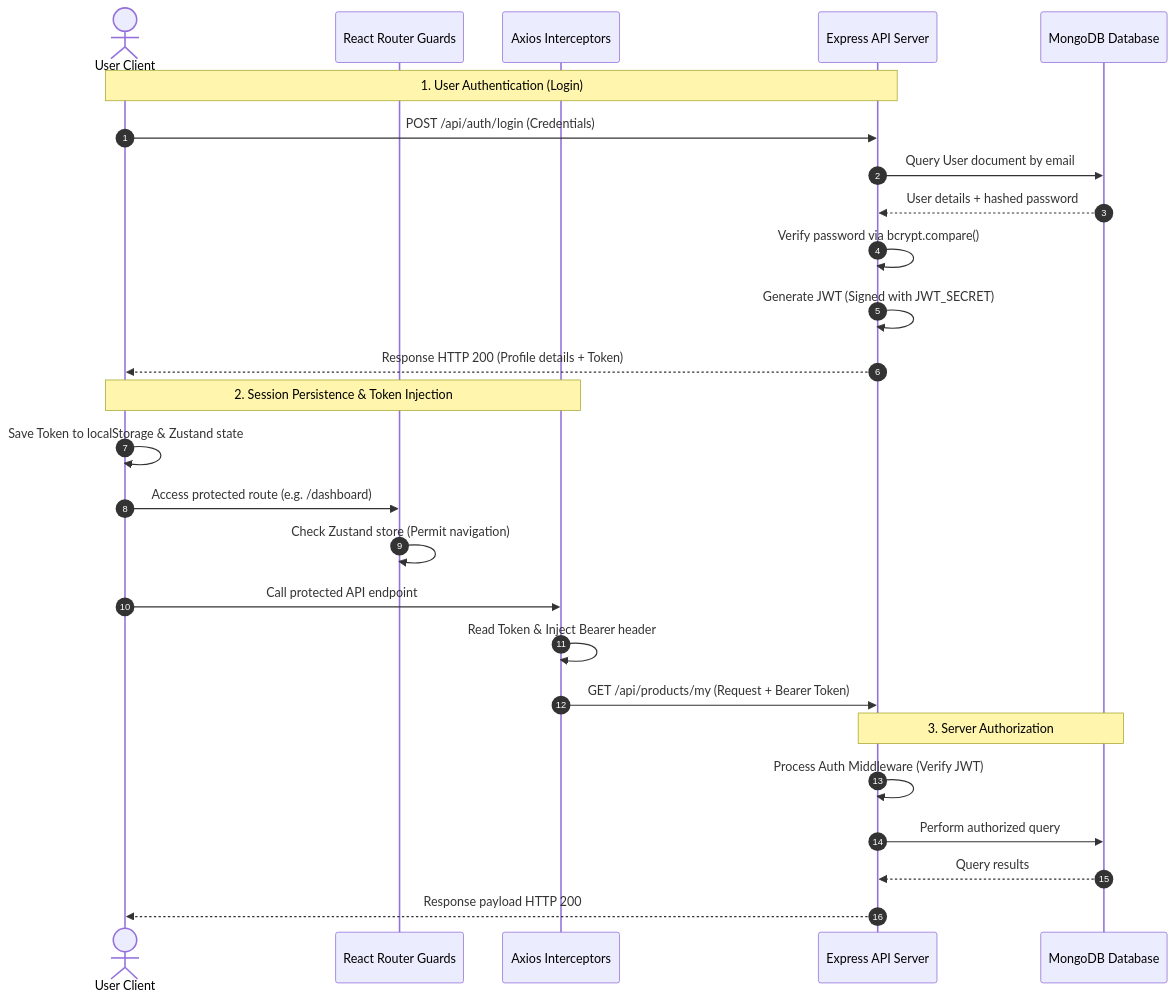
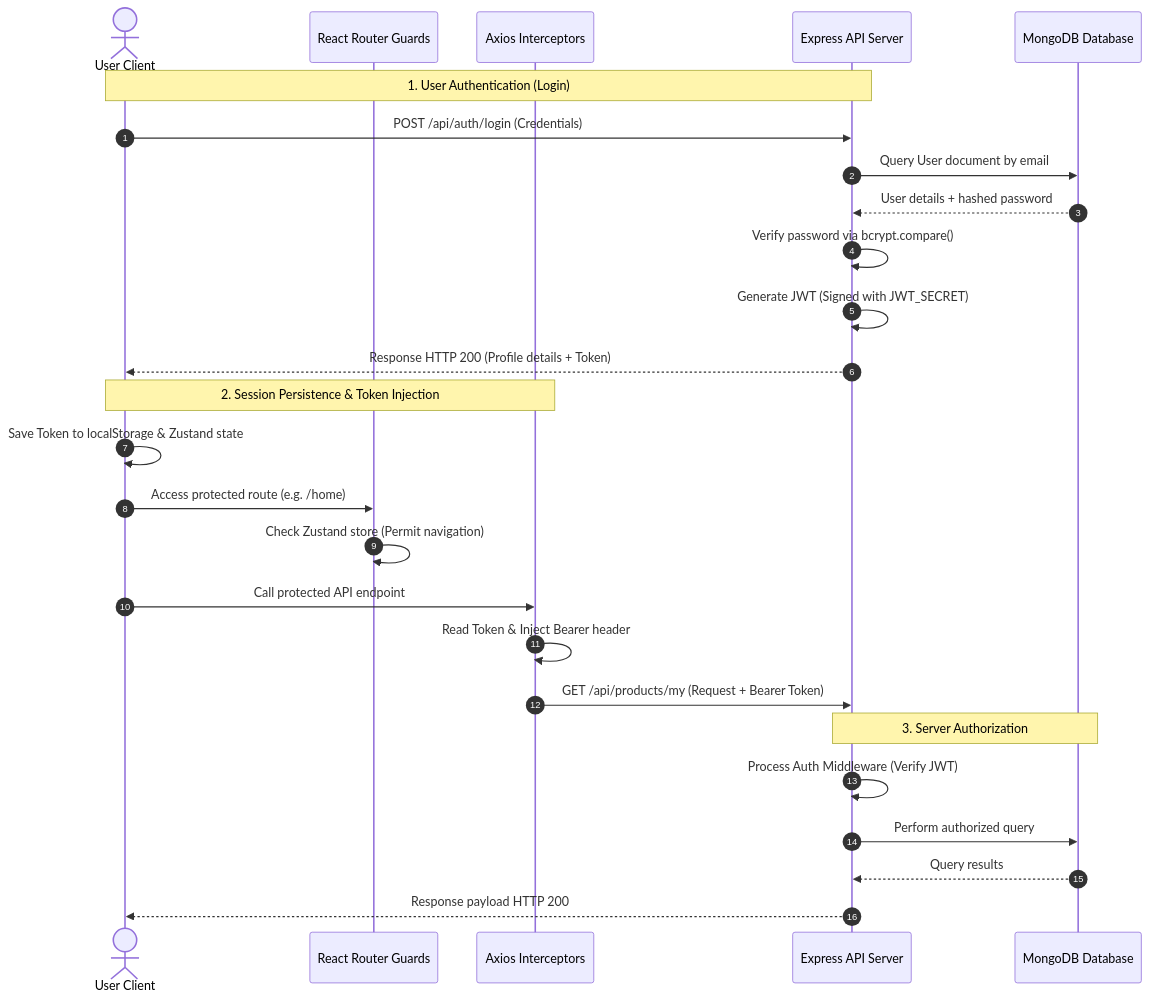
The second of 5 diagrams in README.md (adiba-anwar01/vendorlink), drawn with Mermaid before and after one commit. The commit also changed other lines of this file and 11 other files, not shown here.

````diff
--- a/README.md
+++ b/README.md
@@ -103,31 +103,31 @@
 ```mermaid
 sequenceDiagram
     autonumber
     actor User as User Client
     participant Router as React Router Guards
     participant Axios as Axios Interceptors
     participant API as Express API Server
     participant DB as MongoDB Database
 
     Note over User, API: 1. User Authentication (Login)
     User->>API: POST /api/auth/login (Credentials)
     API->>DB: Query User document by email
     DB-->>API: User details + hashed password
     API->>API: Verify password via bcrypt.compare()
     API->>API: Generate JWT (Signed with JWT_SECRET)
     API-->>User: Response HTTP 200 (Profile details + Token)
 
     Note over User, Axios: 2. Session Persistence & Token Injection
     User->>User: Save Token to localStorage & Zustand state
-    User->>Router: Access protected route (e.g. /dashboard)
+    User->>Router: Access protected route (e.g. /home)
     Router->>Router: Check Zustand store (Permit navigation)
     User->>Axios: Call protected API endpoint
     Axios->>Axios: Read Token & Inject Bearer header
     Axios->>API: GET /api/products/my (Request + Bearer Token)
 
     Note over API, DB: 3. Server Authorization
     API->>API: Process Auth Middleware (Verify JWT)
     API->>DB: Perform authorized query
     DB-->>API: Query results
     API-->>User: Response payload HTTP 200
 ```
````
